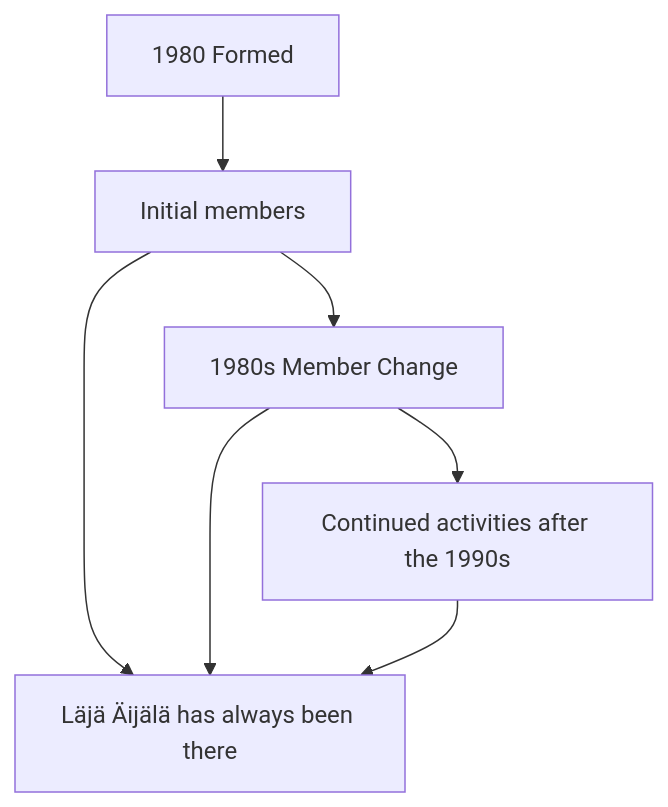
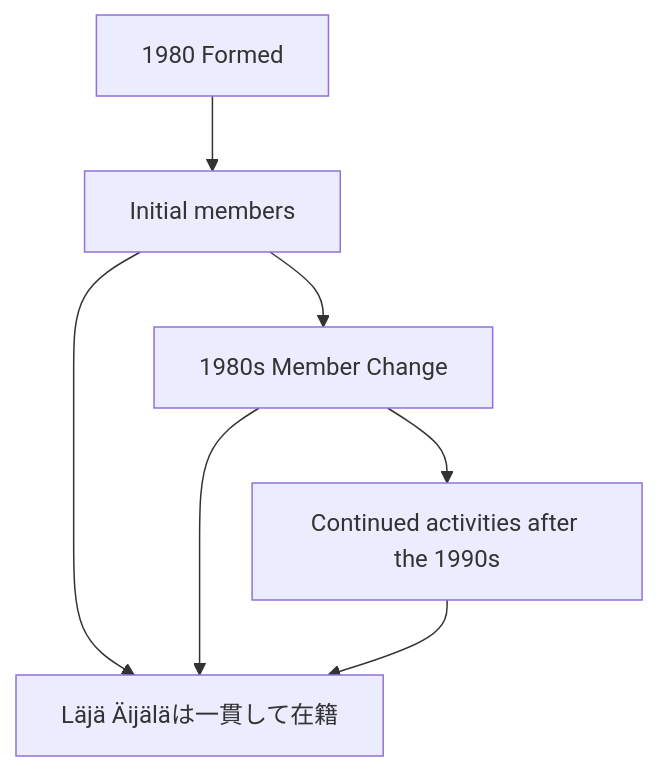
The sixth of 13 diagrams in en/_posts/2026-07-13-column-terveet-kadet.md (monumental-movement/monumental-movement.github.io), drawn with Mermaid before and after one commit. The commit also changed other lines of this file and 1012 other files, not shown here.

```diff
--- a/en/_posts/2026-07-13-column-terveet-kadet.md
+++ b/en/_posts/2026-07-13-column-terveet-kadet.md
@@ -332,16 +332,16 @@
 <div class="mermaid">
 graph TD
 A["1980 Formed"]
 B["Initial members"]
 C["1980s Member Change"]
 D["Continued activities after the 1990s"]
-E["Läjä Äijälä has always been there"]
+E["Läjä Äijäläは一貫して在籍"]
 
 A --> B
 B --> C
 C --> D
 B --> E
 C --> E
 D --> E
 
 </div>
```
